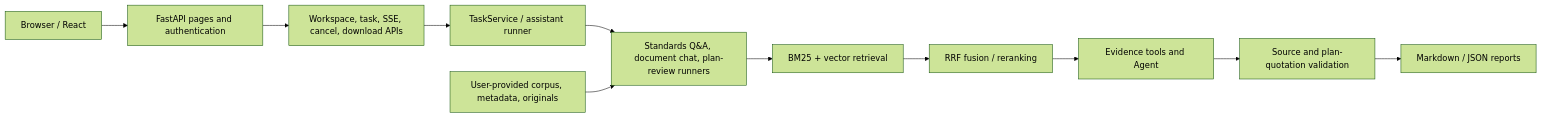
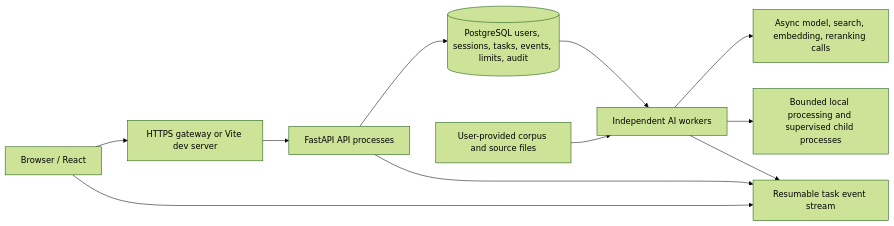
The diagram in docs/architecture_en.md (L1pp/rag-arch-demo), drawn with Mermaid (forest theme) before and after one commit. The commit also changed other lines of this file and 161 other files, not shown here.

First line of the commit message:
feat: publish latest React/FastAPI architecture and retire Streamlit (#1)

```diff
--- a/docs/architecture_en.md
+++ b/docs/architecture_en.md
@@ -7,13 +7,13 @@
 ~~~~mermaid
 flowchart LR
-    U[Browser / React] --> A[FastAPI pages and authentication]
-    A --> B[Workspace, task, SSE, cancel, download APIs]
-    B --> C[TaskService / assistant runner]
-    C --> D[Standards Q&A, document chat, plan-review runners]
-    D --> E[BM25 + vector retrieval]
-    E --> F[RRF fusion / reranking]
-    F --> G[Evidence tools and Agent]
-    G --> H[Source and plan-quotation validation]
-    H --> I[Markdown / JSON reports]
-    J[User-provided corpus, metadata, originals] --> D
+    U[Browser / React] --> G[HTTPS gateway or Vite dev server]
+    G --> A[FastAPI API processes]
+    A --> D[(PostgreSQL users, sessions, tasks, events, limits, audit)]
+    D --> W[Independent AI workers]
+    W --> M[Async model, search, embedding, reranking calls]
+    W --> L[Bounded local processing and supervised child processes]
+    U --> E[Resumable task event stream]
+    A --> E
+    W --> E
+    C[User-provided corpus and source files] --> W
 ~~~~
```
